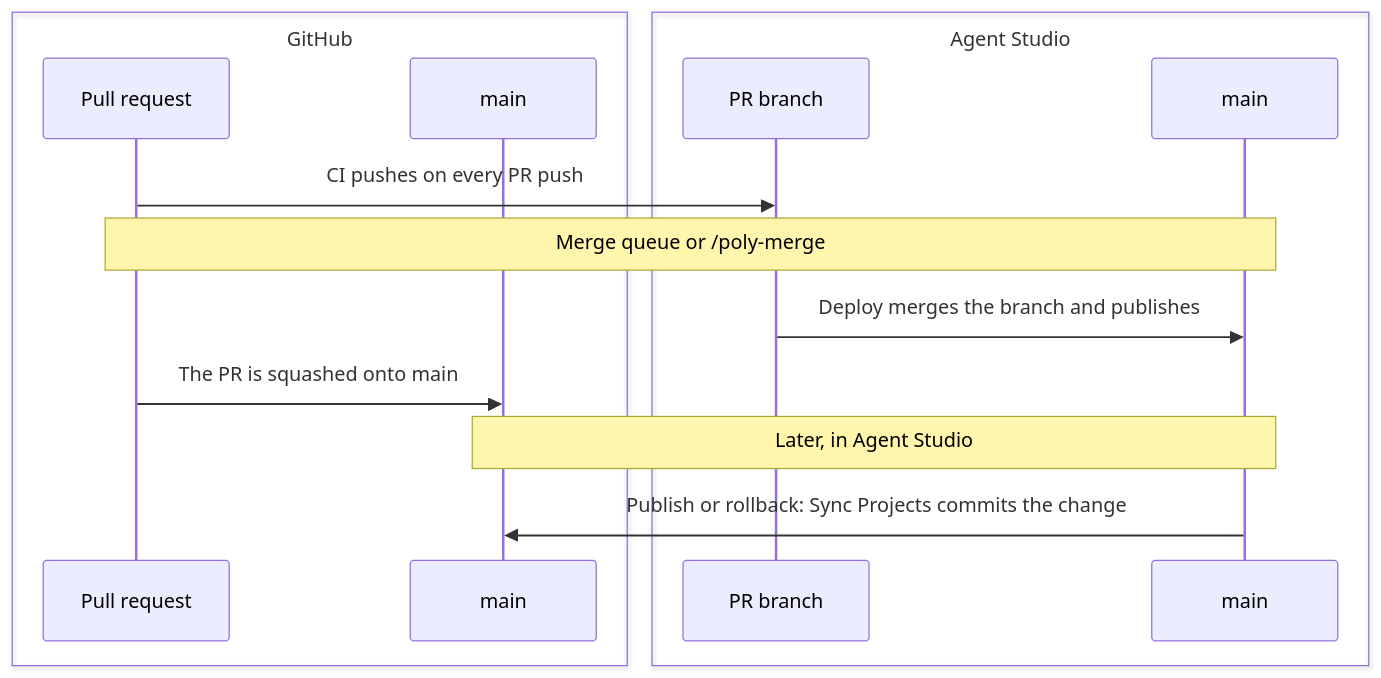
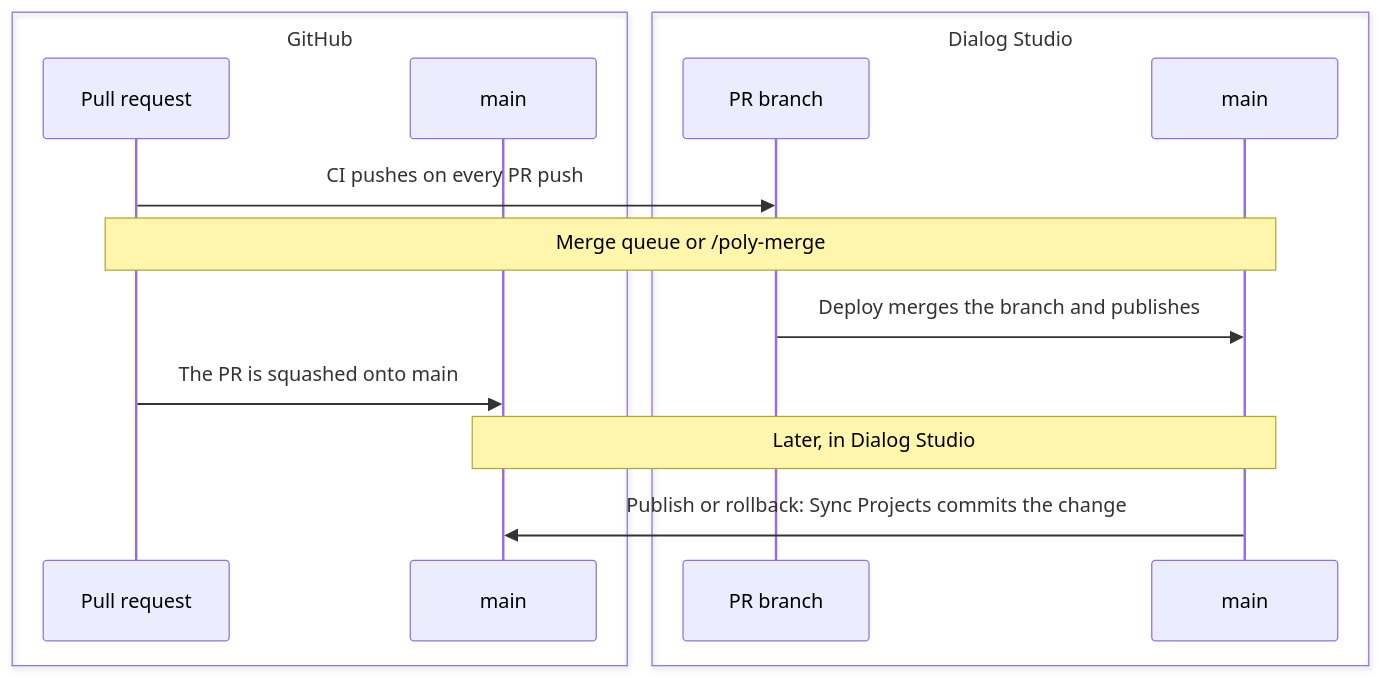
The diagram in README.md (polyai/adk-repo-template), drawn with Mermaid before and after one commit. The commit also changed other lines of this file and 24 other files, not shown here.

First line of the commit message:
chore: rename agent studio to dialog studio (#24)

````diff
--- a/README.md
+++ b/README.md
@@ -32,17 +32,17 @@
 ```mermaid
 sequenceDiagram
     box GitHub
         participant PR as Pull request
         participant Main as main
     end
-    box Agent Studio
+    box Dialog Studio
         participant Branch as PR branch
         participant ASMain as main
     end
     PR->>Branch: CI pushes on every PR push
     Note over PR,ASMain: Merge queue or /poly-merge
     Branch->>ASMain: Deploy merges the branch and publishes
     PR->>Main: The PR is squashed onto main
-    Note over Main,ASMain: Later, in Agent Studio
+    Note over Main,ASMain: Later, in Dialog Studio
     ASMain->>Main: Publish or rollback: Sync Projects commits the change
 ```
````
